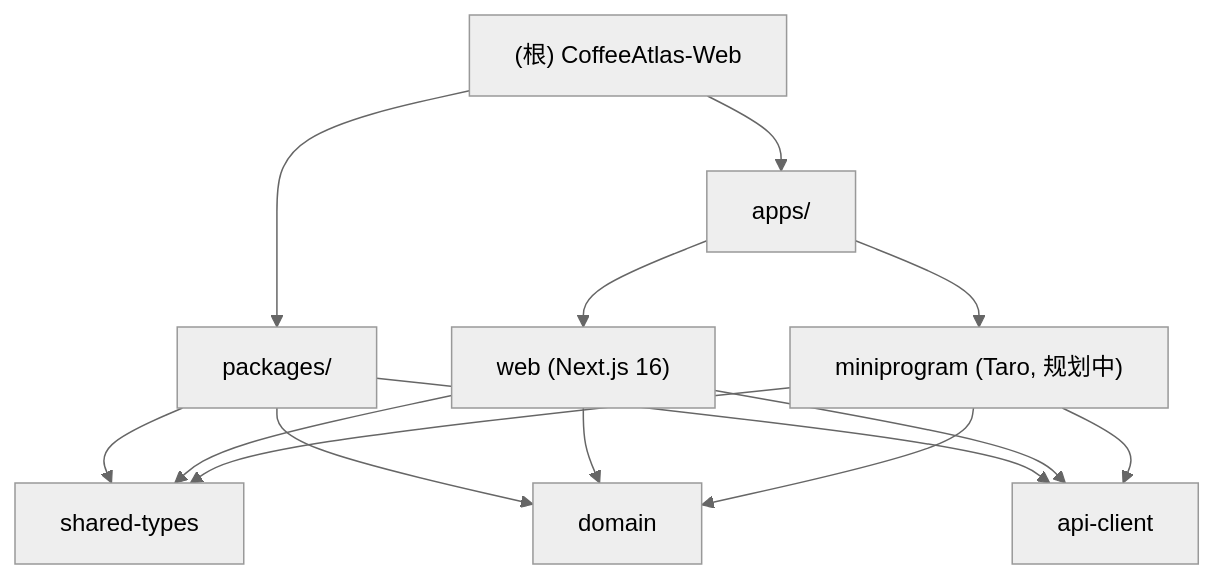
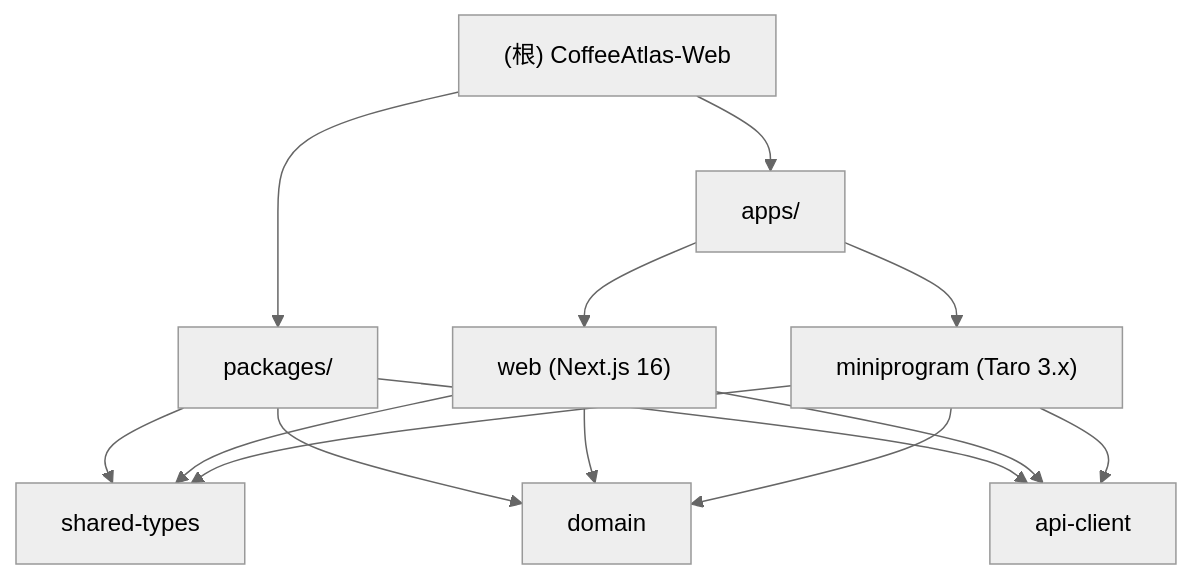
The diagram in CLAUDE.md (Gabriel-Myr/CoffeeAtlas-WEB), drawn with Mermaid (neutral theme) before and after one commit. The commit also changed other lines of this file and 27 other files, not shown here.

````diff
--- a/CLAUDE.md
+++ b/CLAUDE.md
@@ -35,21 +36,21 @@
 ```mermaid
 graph TD
     Root["(根) CoffeeAtlas-Web"] --> Apps["apps/"]
     Root --> Packages["packages/"]
     Apps --> Web["web (Next.js 16)"]
-    Apps --> Mini["miniprogram (Taro, 规划中)"]
+    Apps --> Mini["miniprogram (Taro 3.x)"]
     Packages --> SharedTypes["shared-types"]
     Packages --> Domain["domain"]
     Packages --> ApiClient["api-client"]
     Web --> SharedTypes
     Web --> Domain
     Web --> ApiClient
     Mini --> SharedTypes
     Mini --> Domain
     Mini --> ApiClient
 
     click Web "./apps/web/CLAUDE.md" "查看 web 模块文档"
     click SharedTypes "./packages/shared-types/CLAUDE.md" "查看 shared-types 模块文档"
     click Domain "./packages/domain/CLAUDE.md" "查看 domain 模块文档"
     click ApiClient "./packages/api-client/CLAUDE.md" "查看 api-client 模块文档"
 ```
````
